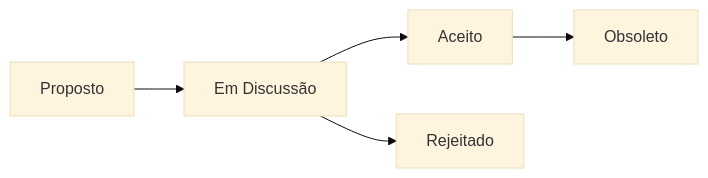
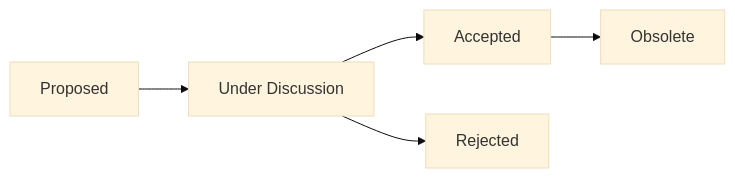
The third of 4 diagrams in CLAUDE.md (BragatteMAS/os-postinstall-scripts), drawn with Mermaid (base theme) before and after one commit. The commit also changed other lines of this file and 10 other files, not shown here.

````diff
--- a/CLAUDE.md
+++ b/CLAUDE.md
@@ -363,6 +363,6 @@
 ```mermaid
 graph LR
-    A[Proposto] --> B[Em Discussão] --> C[Aceito]
-    B --> D[Rejeitado]
-    C --> E[Obsoleto]
+    A[Proposed] --> B[Under Discussion] --> C[Accepted]
+    B --> D[Rejected]
+    C --> E[Obsolete]
 ```
````
